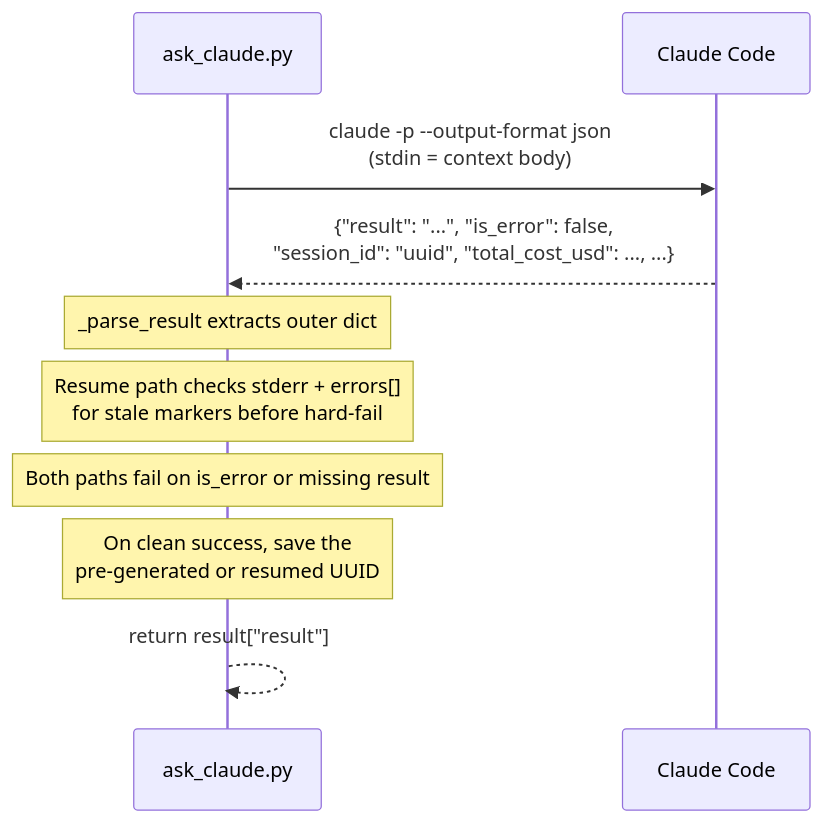
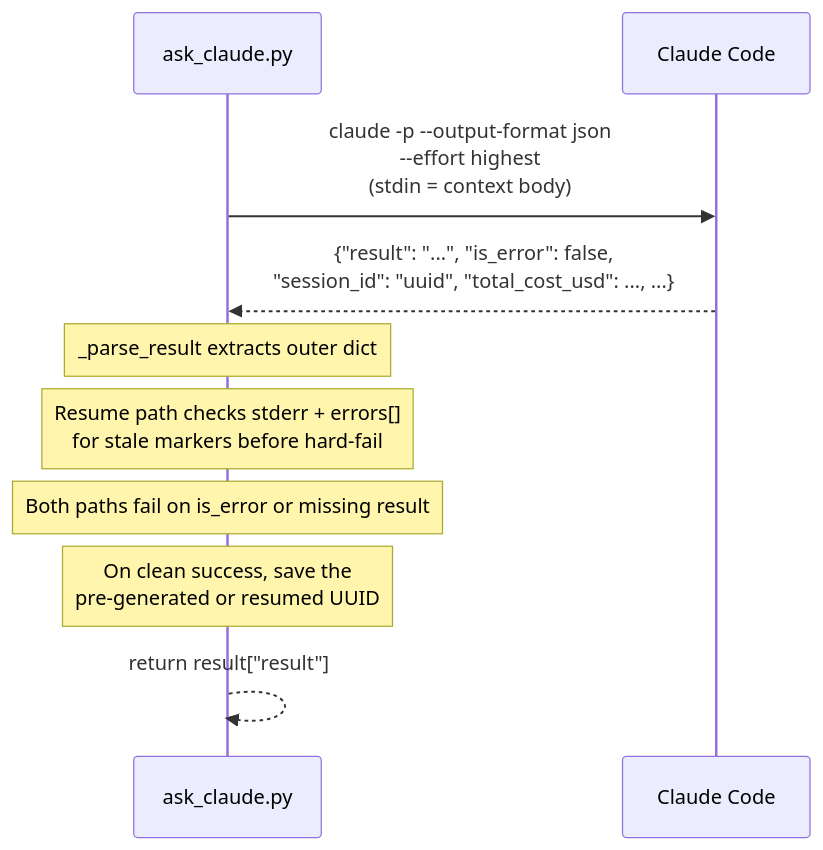
One commit to ehzawad/claude-opinion changed the second of 2 diagrams in DESIGN.md. Above: the diagram before and after it, drawn with Mermaid. The commit also changed other lines of this file and 4 other files, not shown here.

Commit message:
Select highest supported Claude effort

````diff
--- a/DESIGN.md
+++ b/DESIGN.md
@@ -38,13 +38,13 @@
 ```mermaid
 sequenceDiagram
     participant S as ask_claude.py
     participant X as Claude Code
 
-    S->>X: claude -p --output-format json<br/>(stdin = context body)
+    S->>X: claude -p --output-format json<br/>--effort highest<br/>(stdin = context body)
     X-->>S: {"result": "...", "is_error": false,<br/>"session_id": "uuid", "total_cost_usd": ..., ...}
     Note over S: _parse_result extracts outer dict
     Note over S: Resume path checks stderr + errors[]<br/>for stale markers before hard-fail
     Note over S: Both paths fail on is_error or missing result
     Note over S: On clean success, save the<br/>pre-generated or resumed UUID
     S-->>S: return result["result"]
 ```
````
